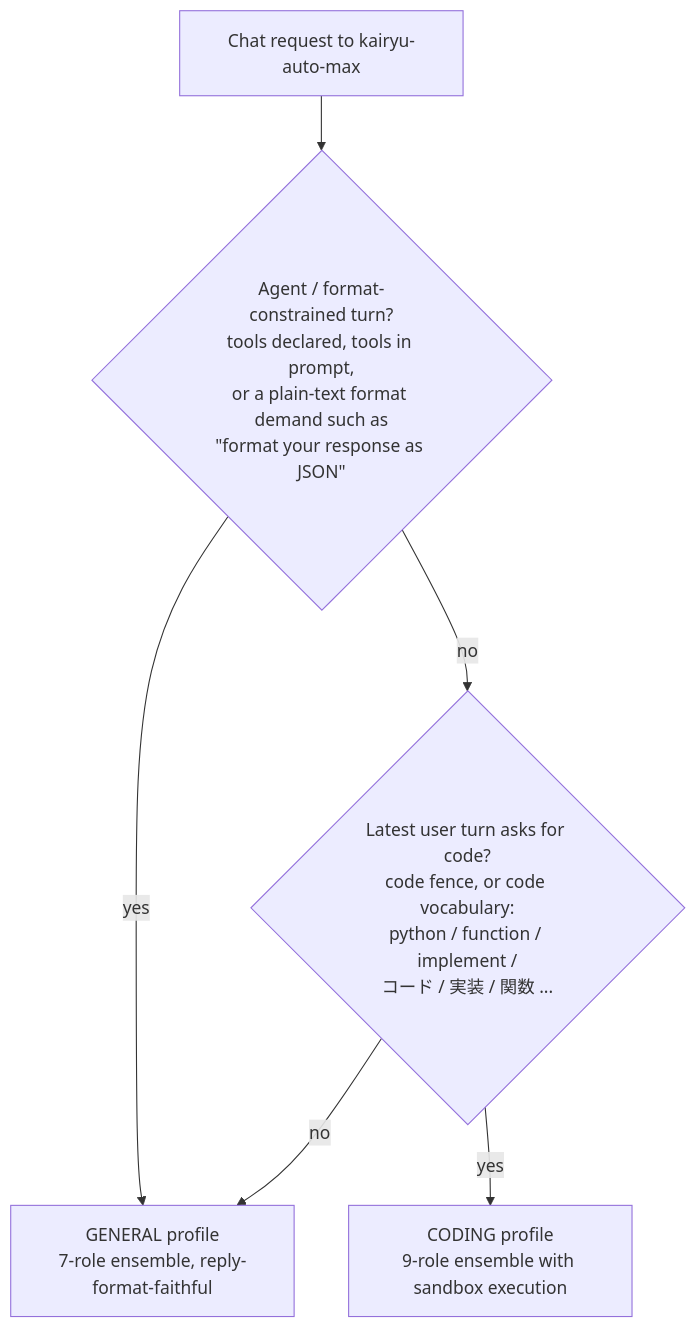
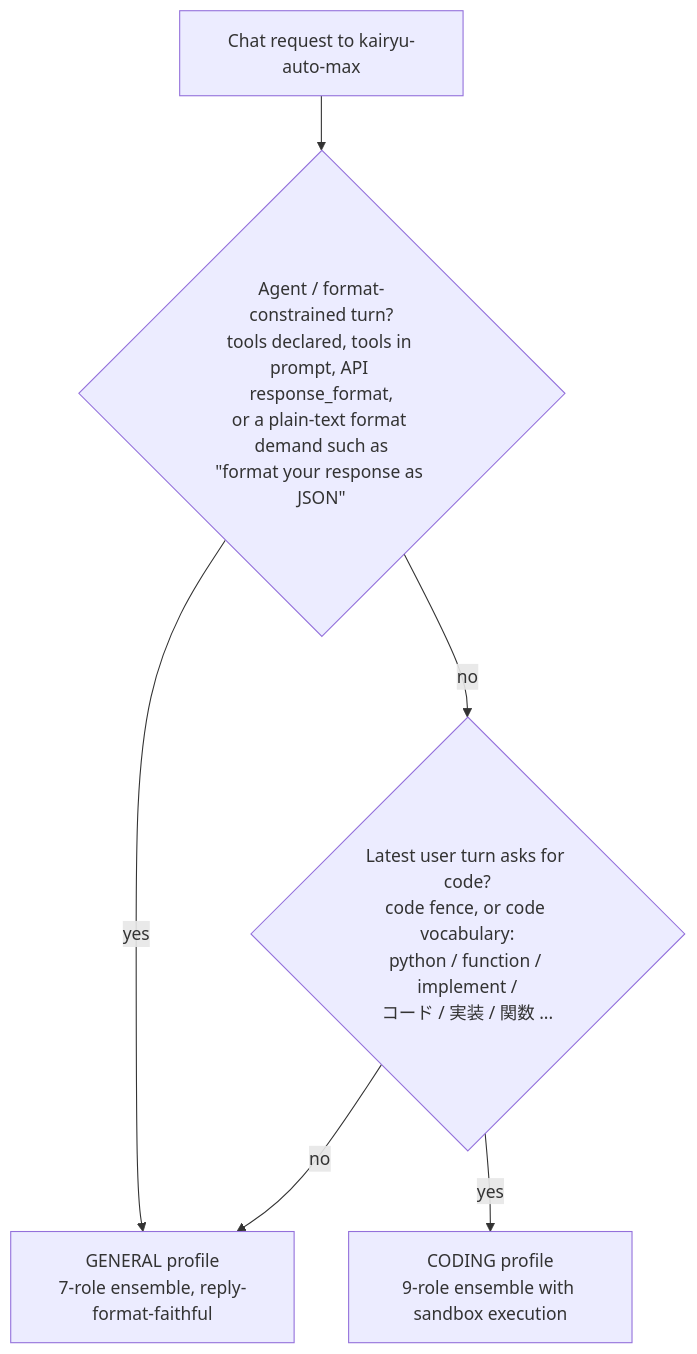
One commit to ytworks/kairyu changed the first of 3 diagrams in examples/qwen3.8-deepseek-v4-8gpu/README.md. Above: the diagram before and after it, drawn with Mermaid. The commit also changed other lines of this file and 3 other files, not shown here.

Commit message:
fix(orchestration): honor API response formats in profile selection

````diff
--- a/examples/qwen3.8-deepseek-v4-8gpu/README.md
+++ b/examples/qwen3.8-deepseek-v4-8gpu/README.md
@@ -39,8 +39,8 @@
 ```mermaid
 flowchart TD
-    R["Chat request to kairyu-auto-max"] --> A{"Agent / format-constrained turn?<br/>tools declared, tools in prompt,<br/>or a plain-text format demand such as<br/>&quot;format your response as JSON&quot;"}
+    R["Chat request to kairyu-auto-max"] --> A{"Agent / format-constrained turn?<br/>tools declared, tools in prompt, API response_format,<br/>or a plain-text format demand such as<br/>&quot;format your response as JSON&quot;"}
     A -- "yes" --> G["GENERAL profile<br/>7-role ensemble, reply-format-faithful"]
     A -- "no" --> B{"Latest user turn asks for code?<br/>code fence, or code vocabulary:<br/>python / function / implement /<br/>コード / 実装 / 関数 ..."}
     B -- "yes" --> C["CODING profile<br/>9-role ensemble with sandbox execution"]
     B -- "no" --> G
 ```
````
